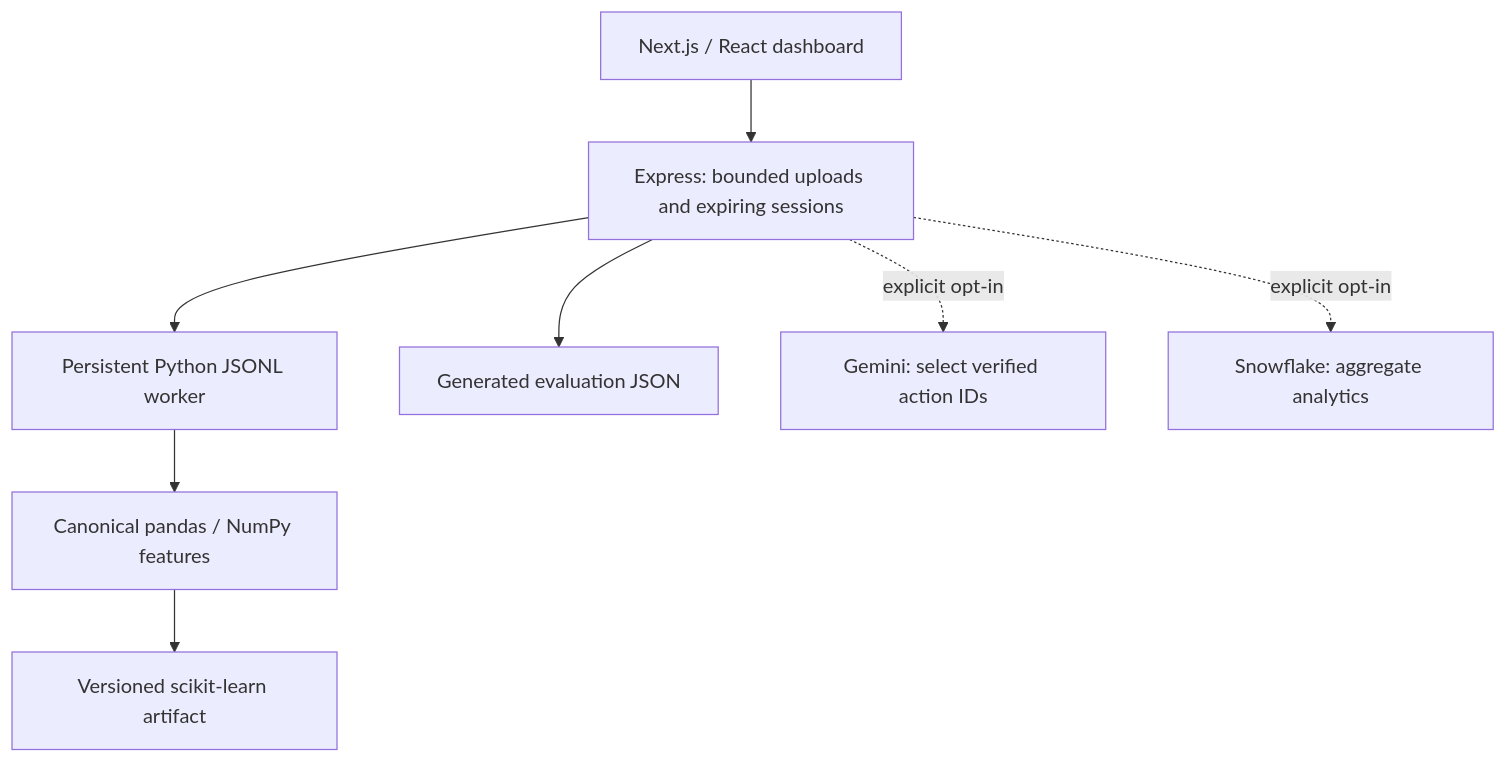
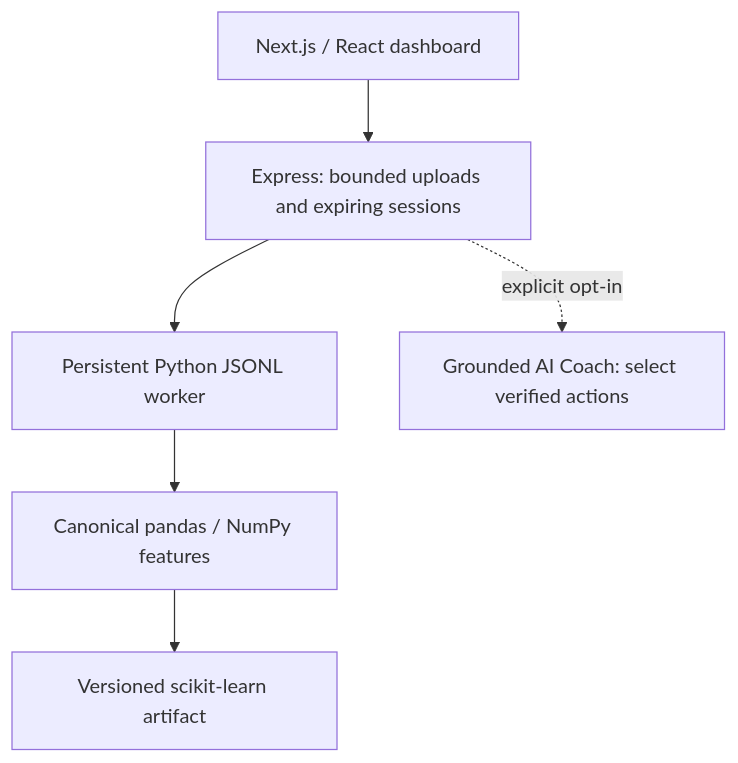
Before and after one commit to youssef061204/TradePersona: the second of 2 diagrams in README.md, drawn with Mermaid. The commit also changed other lines of this file and 25 other files, not shown here.

Commit message:
Fix ML generalization and restore grounded AI coach

````diff
--- a/README.md
+++ b/README.md
@@ -147,10 +101,8 @@
 ```mermaid
 flowchart TD
   UI[Next.js / React dashboard] --> API[Express: bounded uploads and expiring sessions]
   API --> Worker[Persistent Python JSONL worker]
   Worker --> Engine[Canonical pandas / NumPy features]
   Engine --> Artifact[Versioned scikit-learn artifact]
-  API --> Evaluation[Generated evaluation JSON]
-  API -. explicit opt-in .-> Gemini[Gemini: select verified action IDs]
-  API -. explicit opt-in .-> Snowflake[Snowflake: aggregate analytics]
+  API -. explicit opt-in .-> Gemini[Grounded AI Coach: select verified actions]
 ```
````
